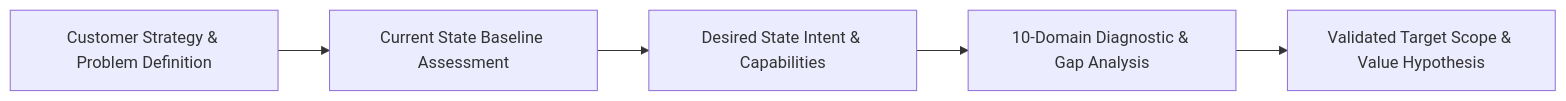
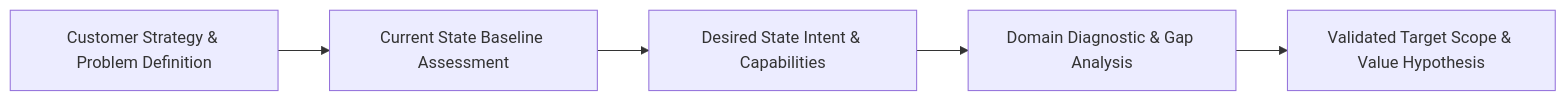
One commit to avfranco-br/portfolio changed the first of 2 diagrams in docs/sop/01-discover-align.md. Above: the diagram before and after it, drawn with Mermaid. The commit also changed other lines of this file and 7 other files, not shown here.

````diff
--- a/docs/sop/01-discover-align.md
+++ b/docs/sop/01-discover-align.md
@@ -21,7 +21,7 @@
 ```mermaid
 graph LR
     A["Customer Strategy & Problem Definition"] --> B["Current State Baseline Assessment"]
     B --> C["Desired State Intent & Capabilities"]
-    C --> D["10-Domain Diagnostic & Gap Analysis"]
+    C --> D["Domain Diagnostic & Gap Analysis"]
     D --> E["Validated Target Scope & Value Hypothesis"]
 ```
````
